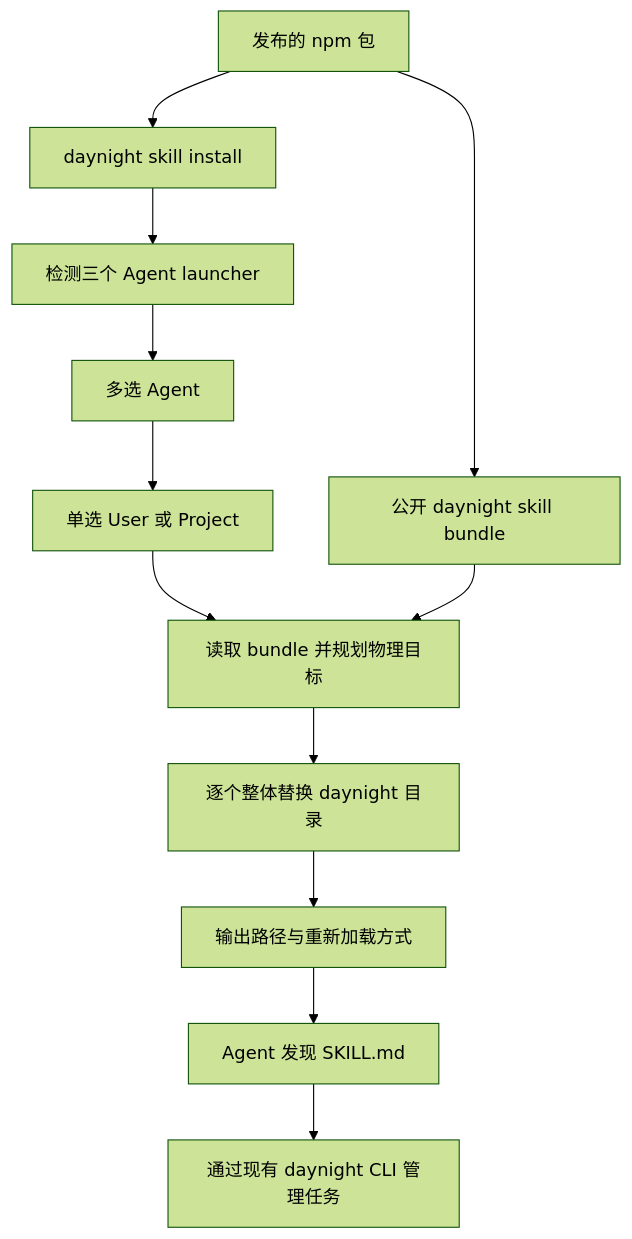
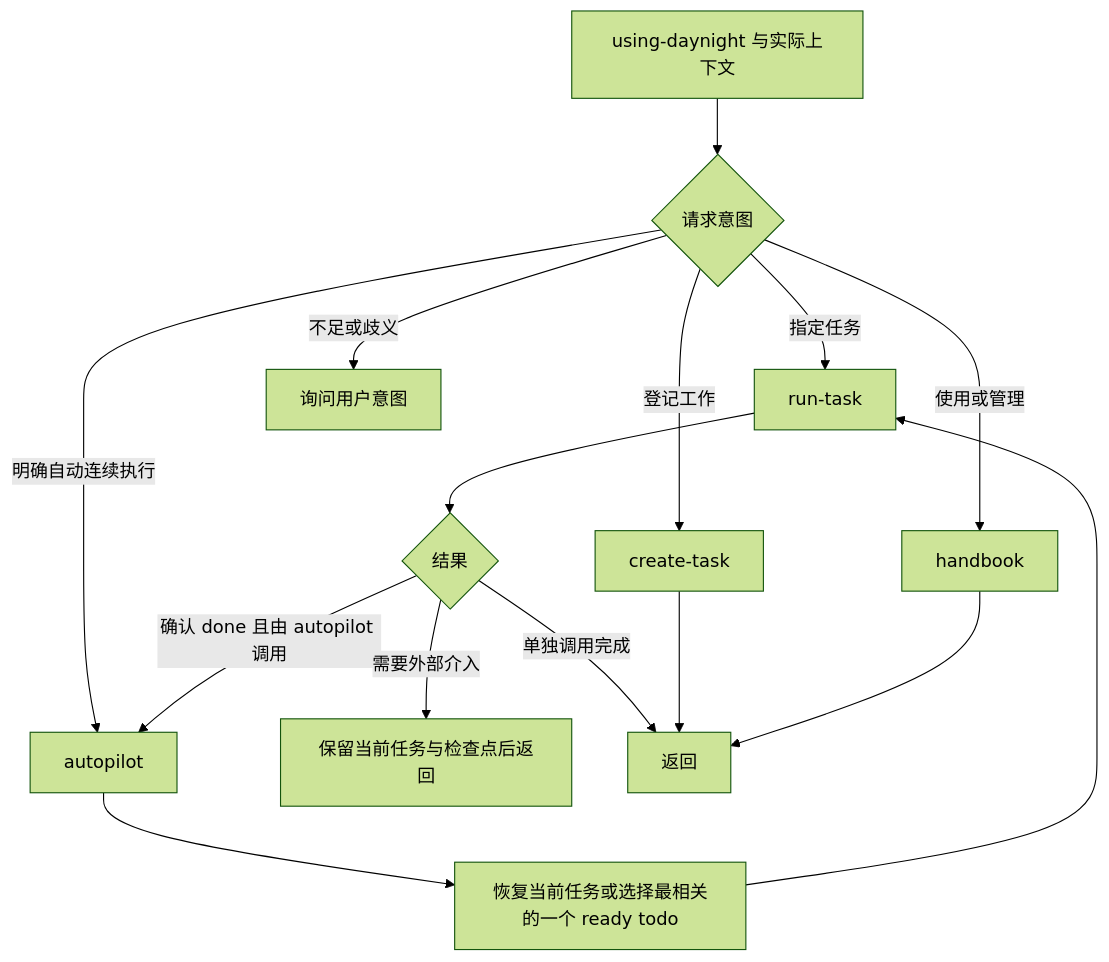
Before and after one commit to codetreker/day-night: the diagram in docs/design/daynight-agent-skill.md, drawn with Mermaid (forest theme). The commit also changed other lines of this file and 28 other files, not shown here.

First line of the commit message:
feat: organize task workflows under using-daynight

````diff
--- a/docs/design/daynight-agent-skill.md
+++ b/docs/design/daynight-agent-skill.md
@@ -33,14 +45,17 @@
 ```mermaid
 flowchart TD
-    A[发布的 npm 包] --> B[公开 daynight skill bundle]
-    A --> C[daynight skill install]
-    C --> D[检测三个 Agent launcher]
-    D --> E[多选 Agent]
-    E --> F[单选 User 或 Project]
-    F --> G[读取 bundle 并规划物理目标]
-    G --> H[逐个整体替换 daynight 目录]
-    H --> I[输出路径与重新加载方式]
-    B --> G
-    I --> J[Agent 发现 SKILL.md]
-    J --> K[通过现有 daynight CLI 管理任务]
+    A[using-daynight 与实际上下文] --> B{请求意图}
+    B -->|使用或管理| H[handbook]
+    B -->|登记工作| C[create-task]
+    B -->|指定任务| R[run-task]
+    B -->|明确自动连续执行| P[autopilot]
+    B -->|不足或歧义| Q[询问用户意图]
+    P --> S[恢复当前任务或选择最相关的一个 ready todo]
+    S --> R
+    R --> T{结果}
+    T -->|确认 done 且由 autopilot 调用| P
+    T -->|需要外部介入| W[保留当前任务与检查点后返回]
+    T -->|单独调用完成| E[返回]
+    C --> E
+    H --> E
 ```
````
